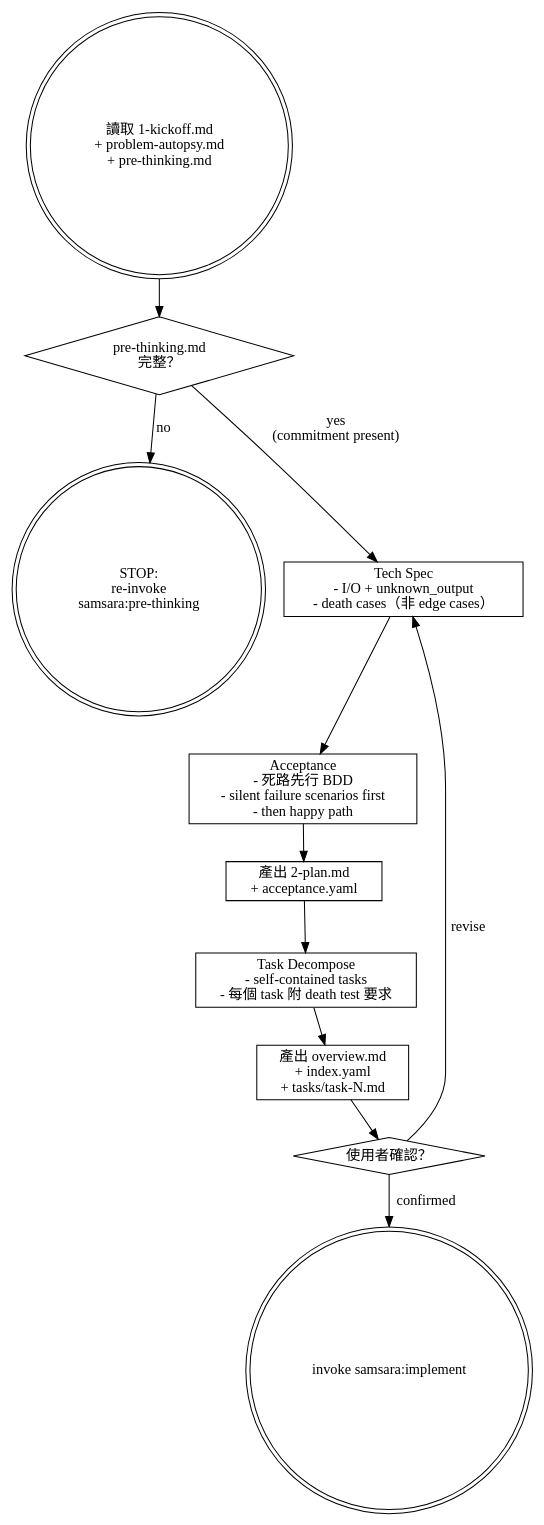
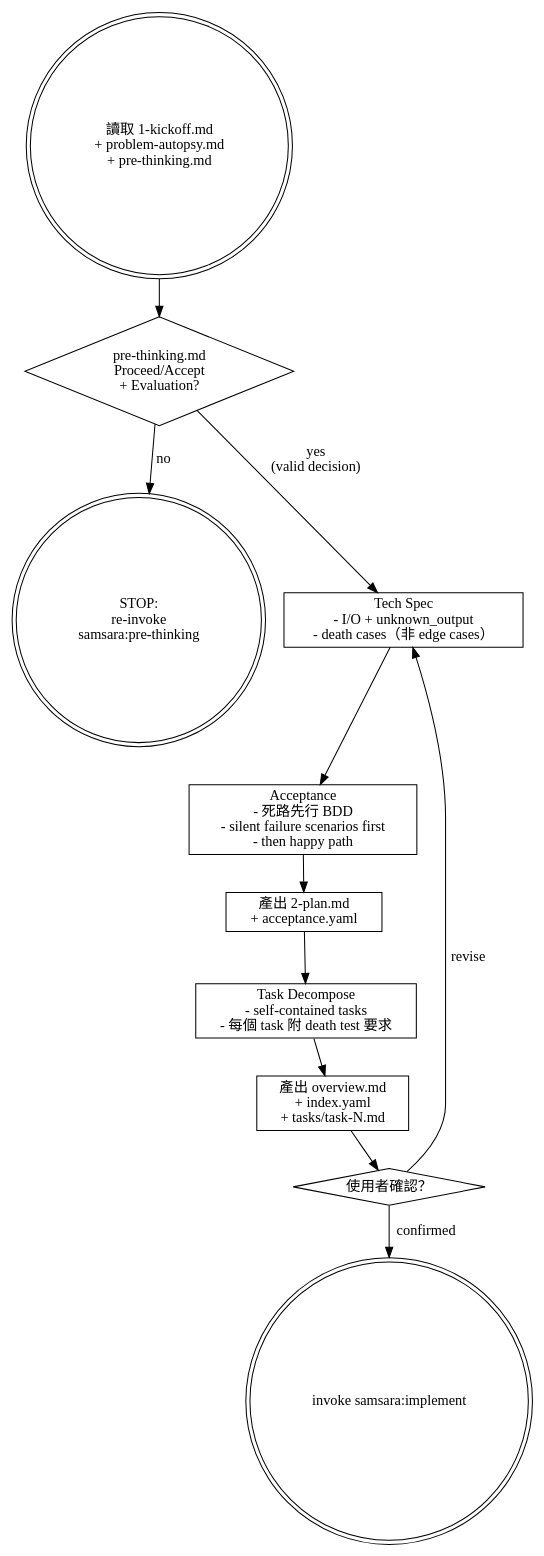
The diagram in skills/planning/SKILL.md (roymondliao/samsara), drawn with Graphviz before and after one commit. The commit also changed other lines of this file and 20 other files, not shown here.

Commit message:
feat(samsara): enhance pre-thinking evaluation contract

````diff
--- a/skills/planning/SKILL.md
+++ b/skills/planning/SKILL.md
@@ -23,27 +23,27 @@
 ```dot
 digraph planning {
     node [shape=box];
 
     start [label="讀取 1-kickoff.md\n+ problem-autopsy.md\n+ pre-thinking.md" shape=doublecircle];
-    guard [label="pre-thinking.md\n完整？" shape=diamond];
+    guard [label="pre-thinking.md\nProceed/Accept\n+ Evaluation?" shape=diamond];
     blocked [label="STOP:\nre-invoke\nsamsara:pre-thinking" shape=doublecircle];
     spec [label="Tech Spec\n- I/O + unknown_output\n- death cases（非 edge cases）"];
     acceptance [label="Acceptance\n- 死路先行 BDD\n- silent failure scenarios first\n- then happy path"];
     plan [label="產出 2-plan.md\n+ acceptance.yaml"];
     decompose [label="Task Decompose\n- self-contained tasks\n- 每個 task 附 death test 要求"];
     output [label="產出 overview.md\n+ index.yaml\n+ tasks/task-N.md"];
     gate [label="使用者確認？" shape=diamond];
     next [label="invoke samsara:implement" shape=doublecircle];
 
     start -> guard;
-    guard -> spec [label="yes\n(commitment present)"];
+    guard -> spec [label="yes\n(valid decision)"];
     guard -> blocked [label="no"];
     spec -> acceptance;
     acceptance -> plan;
     plan -> decompose;
     decompose -> output;
     output -> gate;
     gate -> next [label="confirmed"];
     gate -> spec [label="revise"];
 }
 ```
````
